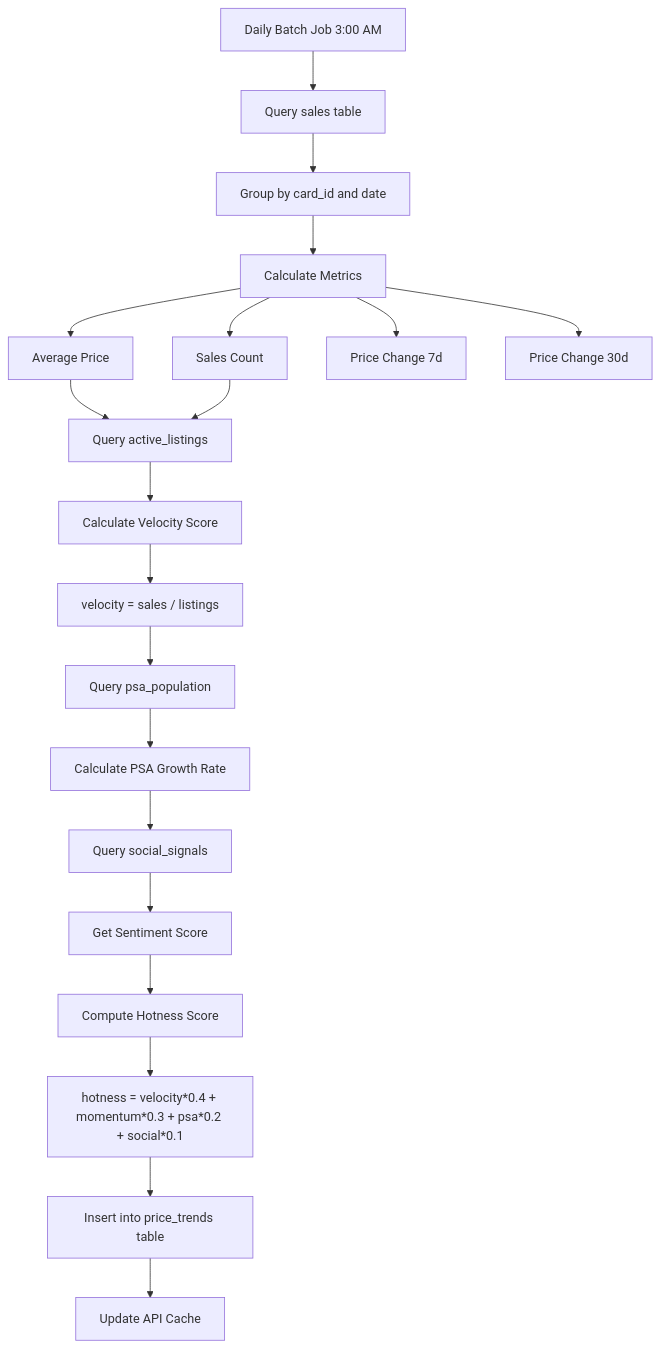
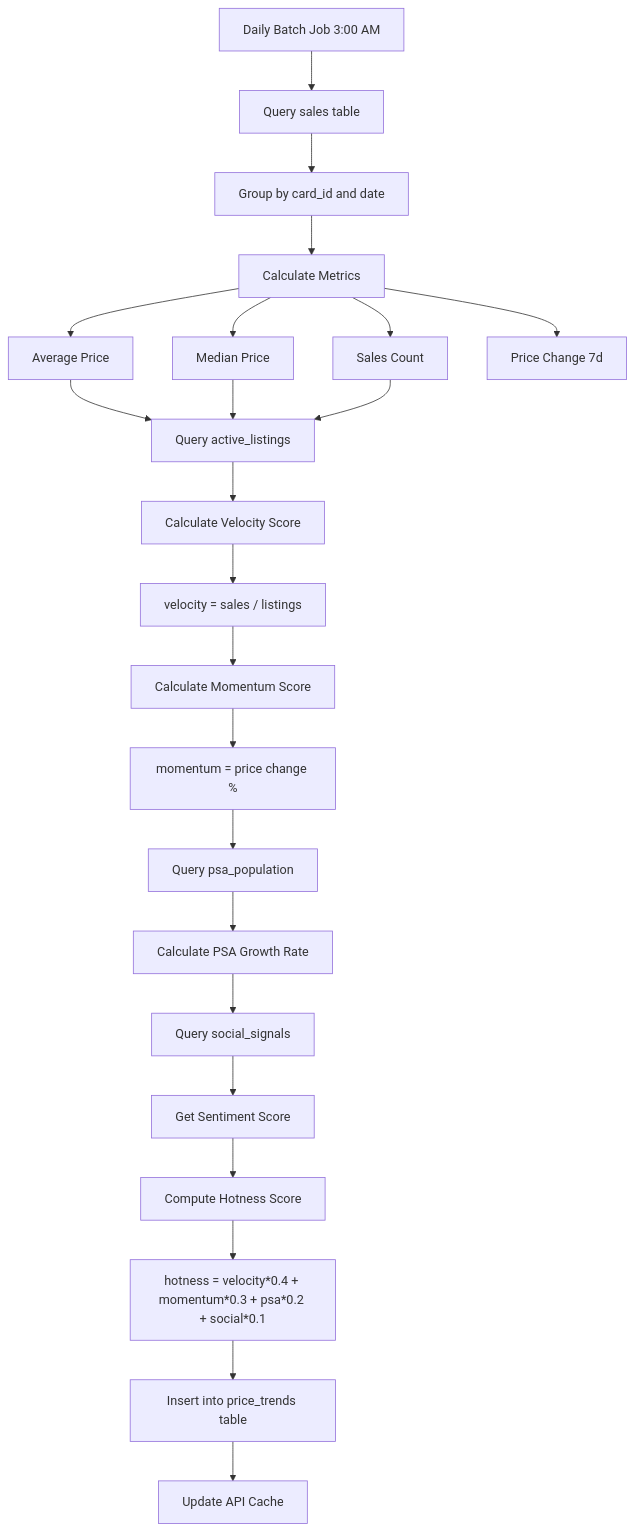
Before and after one commit to tweedledee101/TradingCards: the second of 8 diagrams in docs/architecture/diagrams/data-flow.md, drawn with Mermaid. The commit also changed other lines of this file and 42 other files, not shown here.

````diff
--- a/docs/architecture/diagrams/data-flow.md
+++ b/docs/architecture/diagrams/data-flow.md
@@ -35,28 +35,32 @@
 ```mermaid
 graph TD
     A[Daily Batch Job 3:00 AM] --> B[Query sales table]
     B --> C[Group by card_id and date]
     
     C --> D[Calculate Metrics]
     D --> D1[Average Price]
-    D --> D2[Sales Count]
-    D --> D3[Price Change 7d]
-    D --> D4[Price Change 30d]
+    D --> D2[Median Price]
+    D --> D3[Sales Count]
+    D --> D4[Price Change 7d]
     
     D1 --> E[Query active_listings]
     D2 --> E
+    D3 --> E
     E --> F[Calculate Velocity Score]
     F --> G[velocity = sales / listings]
     
-    G --> H[Query psa_population]
-    H --> I[Calculate PSA Growth Rate]
+    G --> H[Calculate Momentum Score]
+    H --> I[momentum = price change %]
     
-    I --> J[Query social_signals]
-    J --> K[Get Sentiment Score]
+    I --> J[Query psa_population]
+    J --> K[Calculate PSA Growth Rate]
     
-    K --> L[Compute Hotness Score]
-    L --> M[hotness = velocity*0.4 + momentum*0.3 + psa*0.2 + social*0.1]
+    K --> L[Query social_signals]
+    L --> M[Get Sentiment Score]
     
-    M --> N[Insert into price_trends table]
-    N --> O[Update API Cache]
+    M --> N[Compute Hotness Score]
+    N --> O[hotness = velocity*0.4 + momentum*0.3 + psa*0.2 + social*0.1]
+    
+    O --> P[Insert into price_trends table]
+    P --> Q[Update API Cache]
 ```
````
